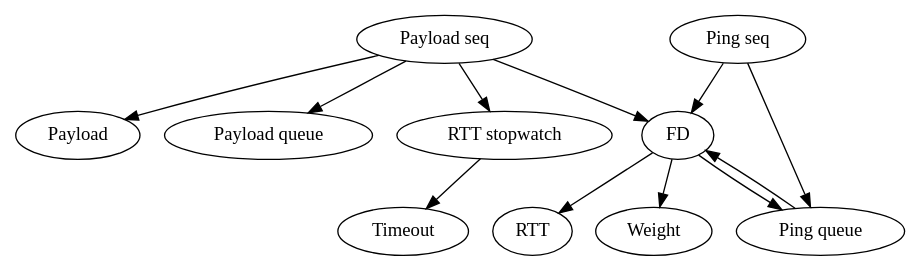
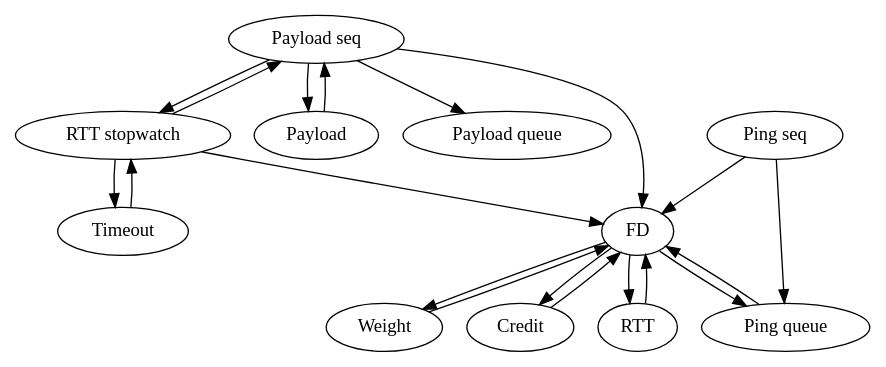
One commit to Banyc/ntcp changed the diagram in README.md. Above: the diagram before and after it, drawn with Graphviz.

Commit message:
docs: fix entity relationship

````diff
--- a/README.md
+++ b/README.md
@@ -64,15 +64,23 @@
   ```dot
   digraph {
     "Payload seq" -> FD
     "Payload seq" -> "RTT stopwatch"
     "Payload seq" -> Payload
     "Payload seq" -> "Payload queue"
+    Payload -> "Payload seq"
     "RTT stopwatch" -> Timeout
+    "RTT stopwatch" -> FD
+    "RTT stopwatch" -> "Payload seq"
+    Timeout -> "RTT stopwatch"
     FD -> RTT
     FD -> Weight
     FD -> "Ping queue"
+    FD -> Credit
+    RTT -> FD
+    Weight -> FD
+    Credit -> FD
     "Ping seq" -> FD
     "Ping seq" -> "Ping queue"
     "Ping queue" -> FD
   }
   ```
````
